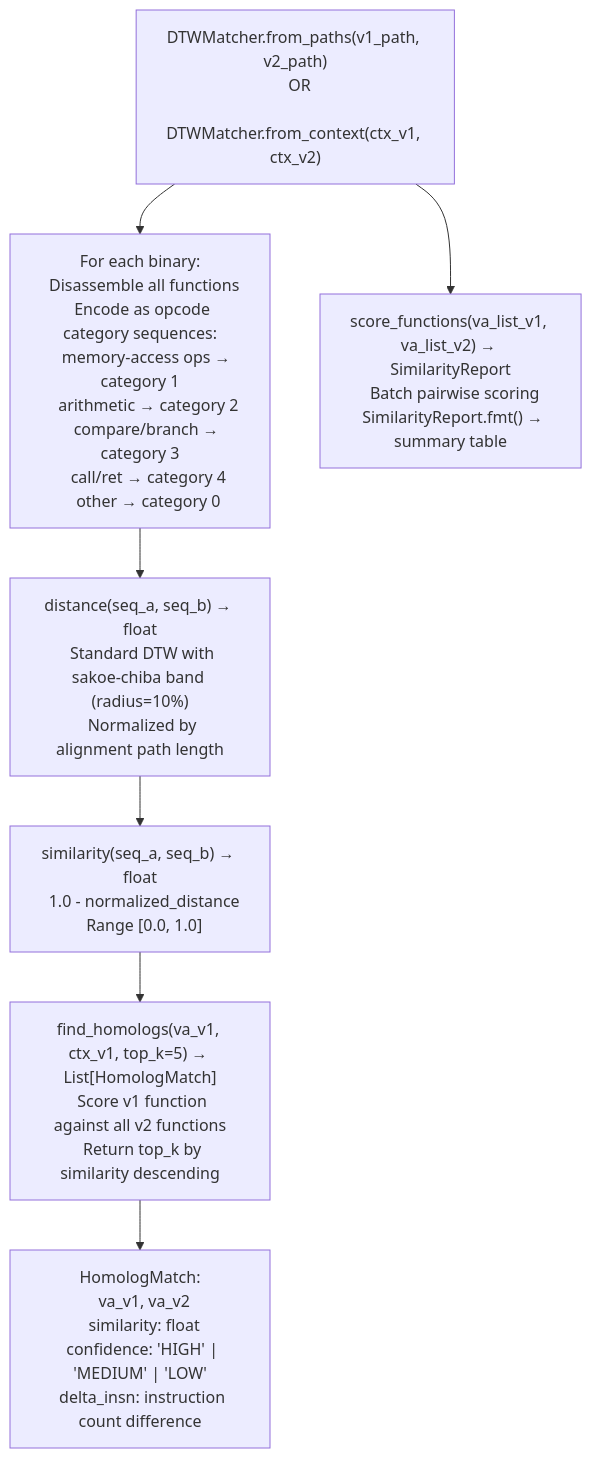
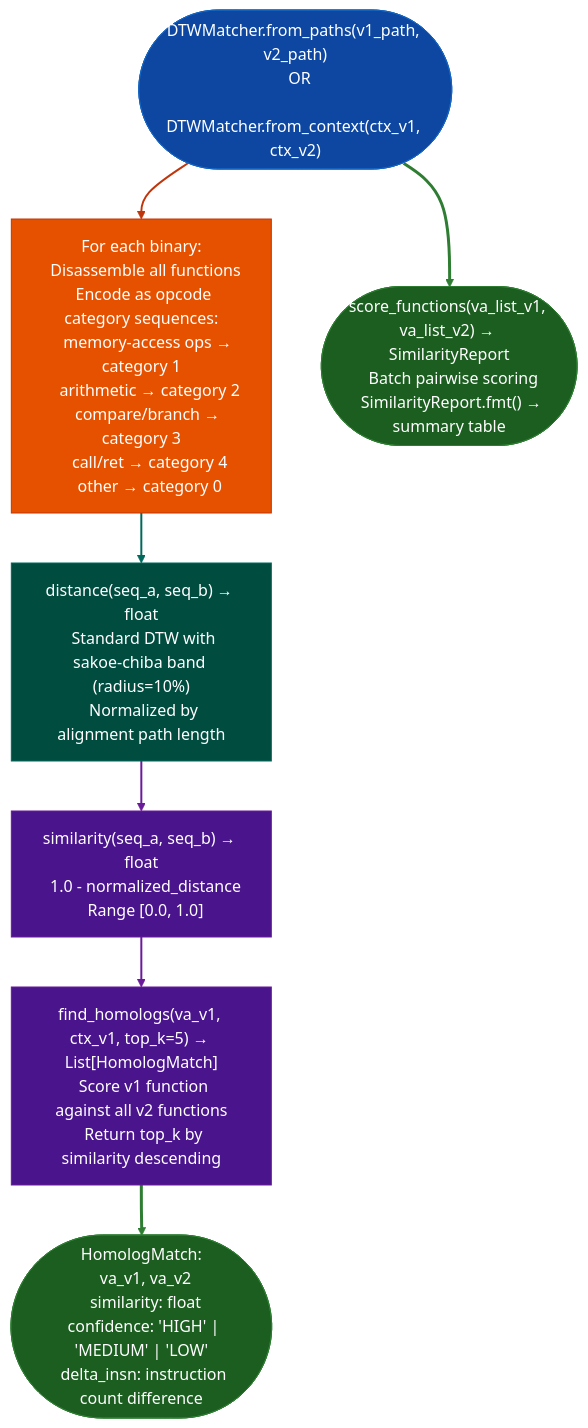
The diagram in docs/reference-modules/dtw-function-homolog-matching.md (Ablation-Tool/ablation), drawn with Mermaid before and after one commit. The commit also changed 320 other files, not shown here.

First line of the commit message:
docs: apply canonical Mermaid template to all 321 diagrams

````diff
--- a/docs/reference-modules/dtw-function-homolog-matching.md
+++ b/docs/reference-modules/dtw-function-homolog-matching.md
@@ -31,9 +31,21 @@
 ```mermaid
 flowchart TD
-    A["DTWMatcher.from_paths(v1_path, v2_path)\n  OR\n  DTWMatcher.from_context(ctx_v1, ctx_v2)"] --> B["For each binary:\n  Disassemble all functions\n  Encode as opcode category sequences:\n    memory-access ops → category 1\n    arithmetic → category 2\n    compare/branch → category 3\n    call/ret → category 4\n    other → category 0"]
-    B --> C["distance(seq_a, seq_b) → float\n  Standard DTW with sakoe-chiba band (radius=10%)\n  Normalized by alignment path length"]
-    C --> D["similarity(seq_a, seq_b) → float\n  1.0 - normalized_distance\n  Range [0.0, 1.0]"]
-    D --> E["find_homologs(va_v1, ctx_v1, top_k=5) → List[HomologMatch]\n  Score v1 function against all v2 functions\n  Return top_k by similarity descending"]
-    E --> F["HomologMatch:\n  va_v1, va_v2\n  similarity: float\n  confidence: 'HIGH' | 'MEDIUM' | 'LOW'\n  delta_insn: instruction count difference"]
-    A --> G["score_functions(va_list_v1, va_list_v2) → SimilarityReport\n  Batch pairwise scoring\n  SimilarityReport.fmt() → summary table"]
+    A(["DTWMatcher.from_paths(v1_path, v2_path)\n  OR\n  DTWMatcher.from_context(ctx_v1, ctx_v2)"]):::input --> B["For each binary:\n  Disassemble all functions\n  Encode as opcode category sequences:\n    memory-access ops → category 1\n    arithmetic → category 2\n    compare/branch → category 3\n    call/ret → category 4\n    other → category 0"]:::primary
+    B:::primary --> C["distance(seq_a, seq_b) → float\n  Standard DTW with sakoe-chiba band (radius=10%)\n  Normalized by alignment path length"]:::secondary
+    C:::secondary --> D["similarity(seq_a, seq_b) → float\n  1.0 - normalized_distance\n  Range [0.0, 1.0]"]:::tertiary
+    D:::tertiary --> E["find_homologs(va_v1, ctx_v1, top_k=5) → List[HomologMatch]\n  Score v1 function against all v2 functions\n  Return top_k by similarity descending"]:::tertiary
+    E:::tertiary --> F(["HomologMatch:\n  va_v1, va_v2\n  similarity: float\n  confidence: 'HIGH' | 'MEDIUM' | 'LOW'\n  delta_insn: instruction count difference"]):::output
+    A:::input --> G(["score_functions(va_list_v1, va_list_v2) → SimilarityReport\n  Batch pairwise scoring\n  SimilarityReport.fmt() → summary table"]):::output
+    classDef input     fill:#0d47a1,stroke:#1565c0,color:#fff
+    classDef primary   fill:#e65100,stroke:#bf360c,color:#fff
+    classDef secondary fill:#004d40,stroke:#00695c,color:#fff
+    classDef tertiary  fill:#4a148c,stroke:#6a1b9a,color:#fff
+    classDef neutral   fill:#37474f,stroke:#546e7a,color:#fff
+    classDef output    fill:#1b5e20,stroke:#2e7d32,color:#fff
+    linkStyle 0 stroke:#bf360c,stroke-width:2px
+    linkStyle 1 stroke:#00695c,stroke-width:2px
+    linkStyle 2 stroke:#6a1b9a,stroke-width:2px
+    linkStyle 3 stroke:#6a1b9a,stroke-width:2px
+    linkStyle 4 stroke:#2e7d32,stroke-width:3px
+    linkStyle 5 stroke:#2e7d32,stroke-width:3px
 ```
````
